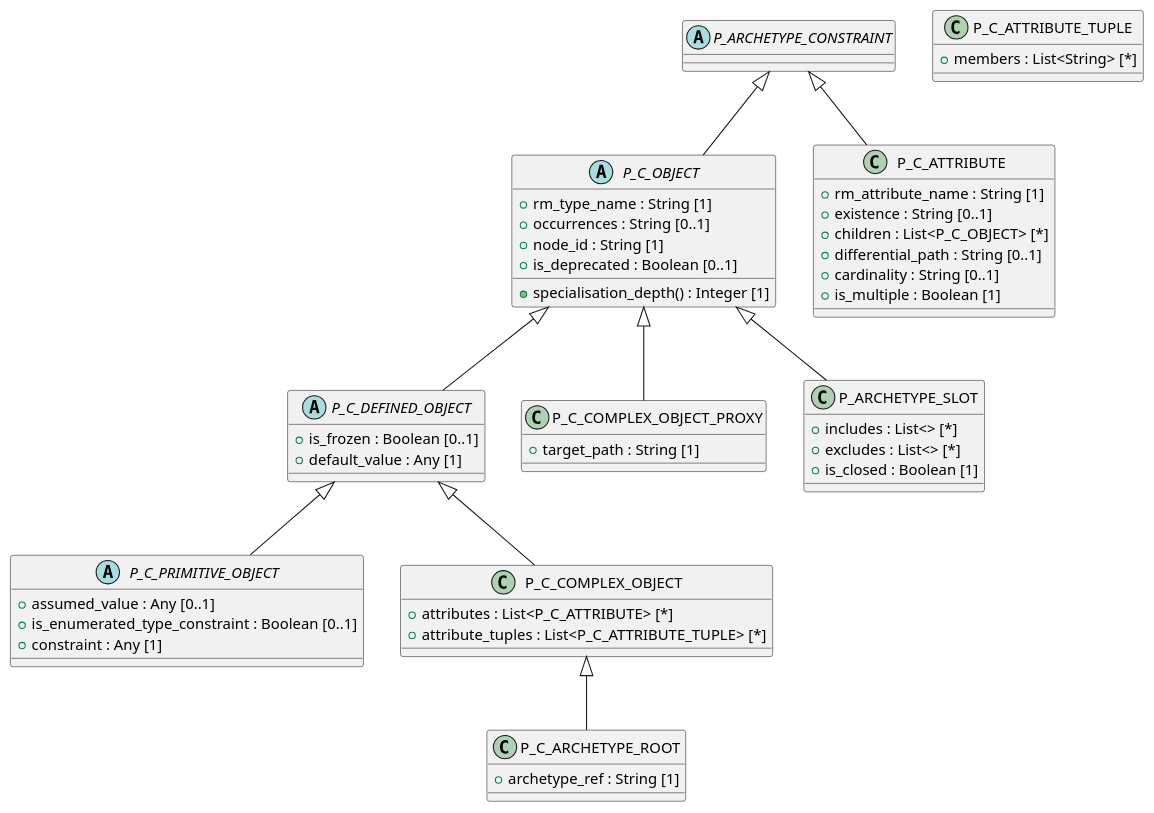
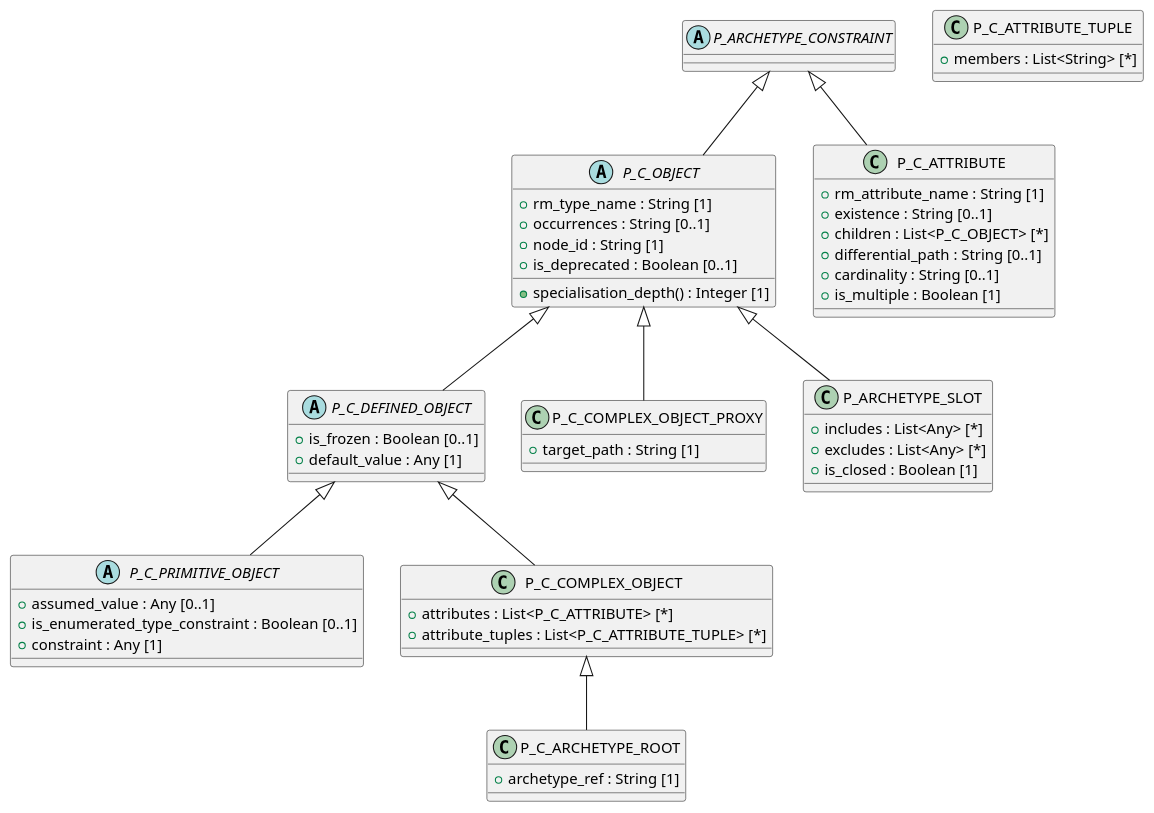
The diagram in code/Adoc/openehr_am_2.4.0/plantUML/packages/AM-aom2.constraint_model.adoc (sebastian-iancu/code-generator), drawn with PlantUML before and after one commit. The commit also changed 3812 other files, not shown here.

```diff
--- a/code/Adoc/openehr_am_2.4.0/plantUML/packages/AM-aom2.constraint_model.adoc
+++ b/code/Adoc/openehr_am_2.4.0/plantUML/packages/AM-aom2.constraint_model.adoc
@@ -1,69 +1,69 @@
-[plantuml,constraint_model,format=svg,opts=inline]
+[plantuml,constraint_model,format=svg]
 -----
 @startuml
 
 abstract class P_ARCHETYPE_CONSTRAINT {
 }
 
 abstract class P_C_OBJECT {
   + rm_type_name : String [1]
   + occurrences : String [0..1]
   + node_id : String [1]
   + is_deprecated : Boolean [0..1]
   + specialisation_depth() : Integer [1]
 }
 
 class P_C_ATTRIBUTE {
   + rm_attribute_name : String [1]
   + existence : String [0..1]
   + children : List<P_C_OBJECT> [*]
   + differential_path : String [0..1]
   + cardinality : String [0..1]
   + is_multiple : Boolean [1]
 }
 
 abstract class P_C_DEFINED_OBJECT {
   + is_frozen : Boolean [0..1]
   + default_value : Any [1]
 }
 
 class P_C_COMPLEX_OBJECT_PROXY {
   + target_path : String [1]
 }
 
 class P_ARCHETYPE_SLOT {
-  + includes : List<> [*]
-  + excludes : List<> [*]
+  + includes : List<Any> [*]
+  + excludes : List<Any> [*]
   + is_closed : Boolean [1]
 }
 
 abstract class P_C_PRIMITIVE_OBJECT {
   + assumed_value : Any [0..1]
   + is_enumerated_type_constraint : Boolean [0..1]
   + constraint : Any [1]
 }
 
 class P_C_COMPLEX_OBJECT {
   + attributes : List<P_C_ATTRIBUTE> [*]
   + attribute_tuples : List<P_C_ATTRIBUTE_TUPLE> [*]
 }
 
 class P_C_ATTRIBUTE_TUPLE {
   + members : List<String> [*]
 }
 
 class P_C_ARCHETYPE_ROOT {
   + archetype_ref : String [1]
 }
 
 P_ARCHETYPE_CONSTRAINT <|-- P_C_OBJECT
 P_ARCHETYPE_CONSTRAINT <|-- P_C_ATTRIBUTE
 P_C_OBJECT <|-- P_C_DEFINED_OBJECT
 P_C_OBJECT <|-- P_C_COMPLEX_OBJECT_PROXY
 P_C_OBJECT <|-- P_ARCHETYPE_SLOT
 P_C_DEFINED_OBJECT <|-- P_C_PRIMITIVE_OBJECT
 P_C_DEFINED_OBJECT <|-- P_C_COMPLEX_OBJECT
 P_C_COMPLEX_OBJECT <|-- P_C_ARCHETYPE_ROOT
 
 @enduml
 -----
```
